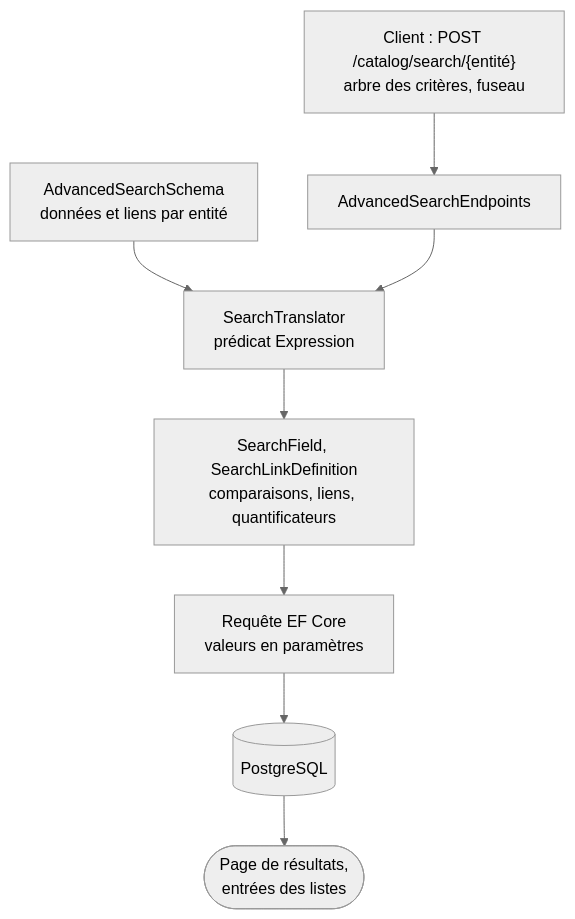
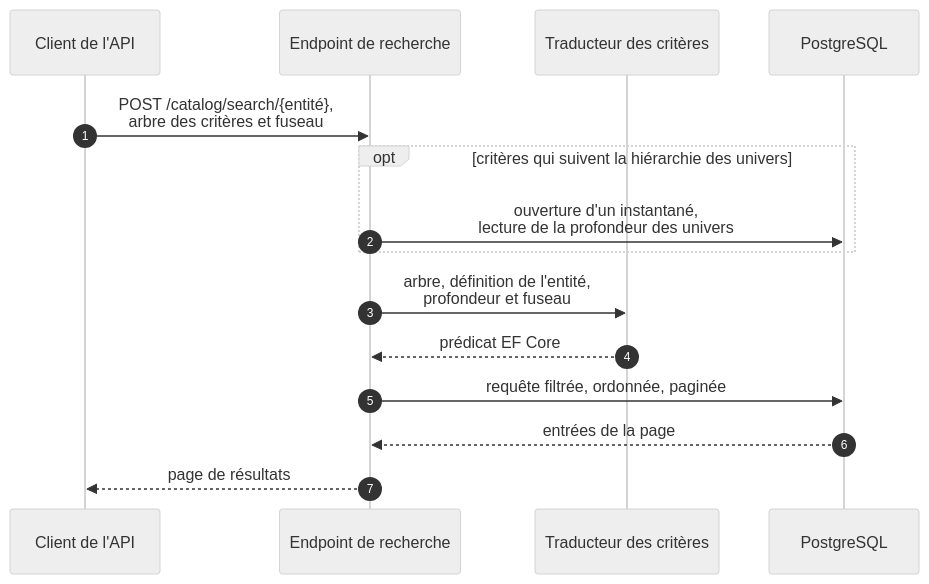
One commit to Tetram76/bdtheque-claude changed the second of 2 diagrams in docs/tech/mecanismes/recherche.md. Above: the diagram before and after it, drawn with Mermaid (neutral theme). The commit also changed other lines of this file and 41 other files, not shown here.

````diff
--- a/docs/tech/mecanismes/recherche.md
+++ b/docs/tech/mecanismes/recherche.md
@@ -28,10 +68,18 @@
 ```mermaid
-flowchart TD
-    client["Client : POST /catalog/search/{entité}<br/>arbre des critères, fuseau"] --> endpoint["AdvancedSearchEndpoints"]
-    schema["AdvancedSearchSchema<br/>données et liens par entité"] --> translator
-    endpoint --> translator["SearchTranslator<br/>prédicat Expression"]
-    translator --> fields["SearchField, SearchLinkDefinition<br/>comparaisons, liens, quantificateurs"]
-    fields --> query["Requête EF Core<br/>valeurs en paramètres"]
-    query --> db[("PostgreSQL")]
-    db --> page(["Page de résultats,<br/>entrées des listes"])
+sequenceDiagram
+    autonumber
+    participant client as Client de l'API
+    participant endpoint as Endpoint de recherche
+    participant translator as Traducteur des critères
+    participant db as PostgreSQL
+
+    client->>endpoint: POST /catalog/search/{entité},<br/>arbre des critères et fuseau
+    opt critères qui suivent la hiérarchie des univers
+        endpoint->>db: ouverture d'un instantané,<br/>lecture de la profondeur des univers
+    end
+    endpoint->>translator: arbre, définition de l'entité,<br/>profondeur et fuseau
+    translator-->>endpoint: prédicat EF Core
+    endpoint->>db: requête filtrée, ordonnée, paginée
+    db-->>endpoint: entrées de la page
+    endpoint-->>client: page de résultats
 ```
````
